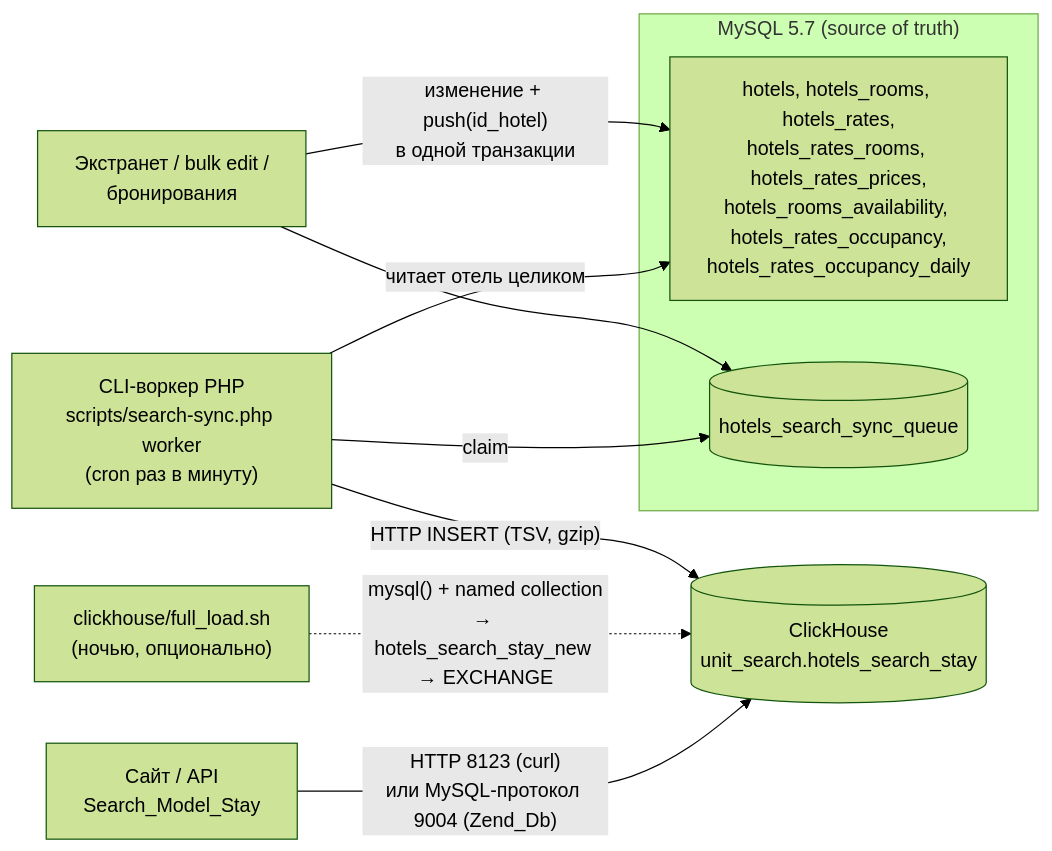
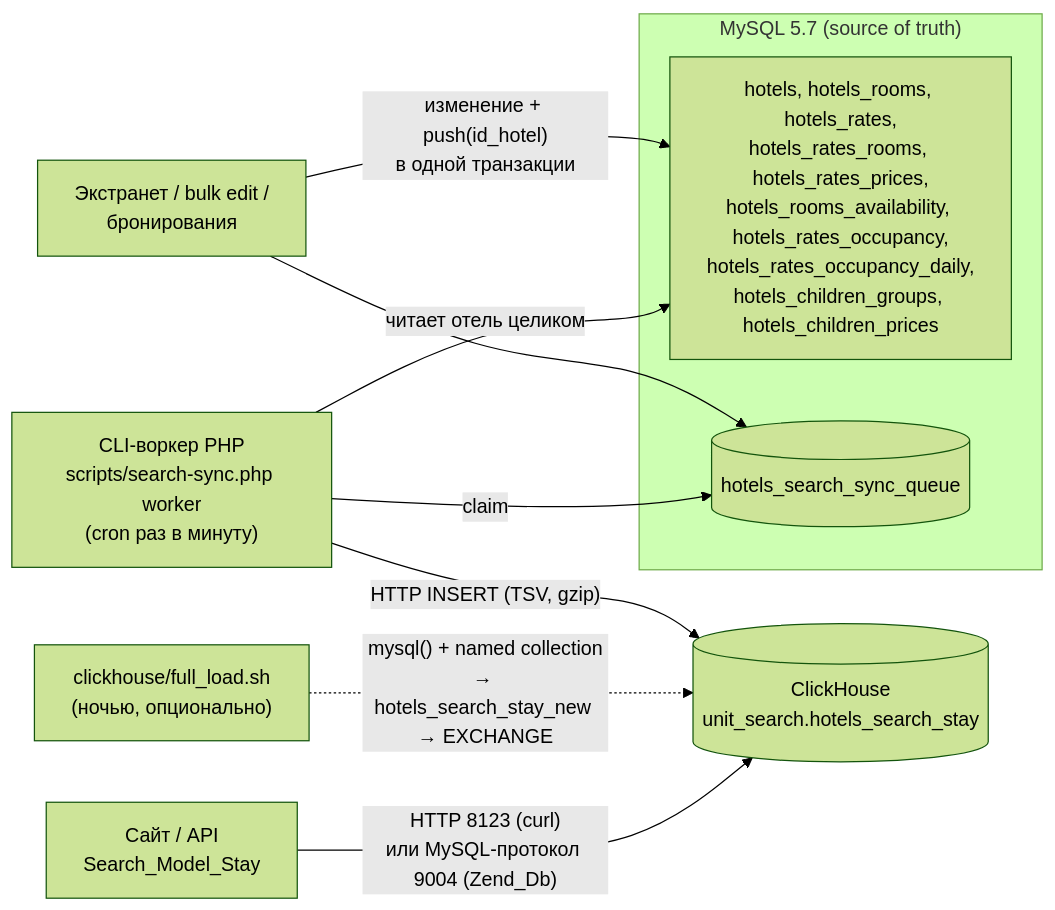
The diagram in unit-search-clickhouse/README.md (agrabynsky-sketch/cloude), drawn with Mermaid (forest theme) before and after one commit. The commit also changed other lines of this file and 20 other files, not shown here.

````diff
--- a/unit-search-clickhouse/README.md
+++ b/unit-search-clickhouse/README.md
@@ -17,14 +19,14 @@
 ```mermaid
 flowchart LR
     subgraph MySQL["MySQL 5.7 (source of truth)"]
-        T[hotels, hotels_rooms, hotels_rates,<br/>hotels_rates_rooms, hotels_rates_prices,<br/>hotels_rooms_availability, hotels_rates_occupancy,<br/>hotels_rates_occupancy_daily]
+        T[hotels, hotels_rooms, hotels_rates,<br/>hotels_rates_rooms, hotels_rates_prices,<br/>hotels_rooms_availability, hotels_rates_occupancy,<br/>hotels_rates_occupancy_daily,<br/>hotels_children_groups, hotels_children_prices]
         Q[(hotels_search_sync_queue)]
     end
     A[Экстранет / bulk edit /<br/>бронирования] -- "изменение + push(id_hotel)<br/>в одной транзакции" --> T
     A --> Q
     W["CLI-воркер PHP<br/>scripts/search-sync.php worker<br/>(cron раз в минуту)"] -- claim --> Q
     W -- "читает отель целиком" --> T
     W -- "HTTP INSERT (TSV, gzip)" --> CH[("ClickHouse<br/>unit_search.hotels_search_stay")]
     F["clickhouse/full_load.sh<br/>(ночью, опционально)"] -. "mysql() + named collection<br/>→ hotels_search_stay_new → EXCHANGE" .-> CH
     S["Сайт / API<br/>Search_Model_Stay"] -- "HTTP 8123 (curl)<br/>или MySQL-протокол 9004 (Zend_Db)" --> CH
 ```
````
